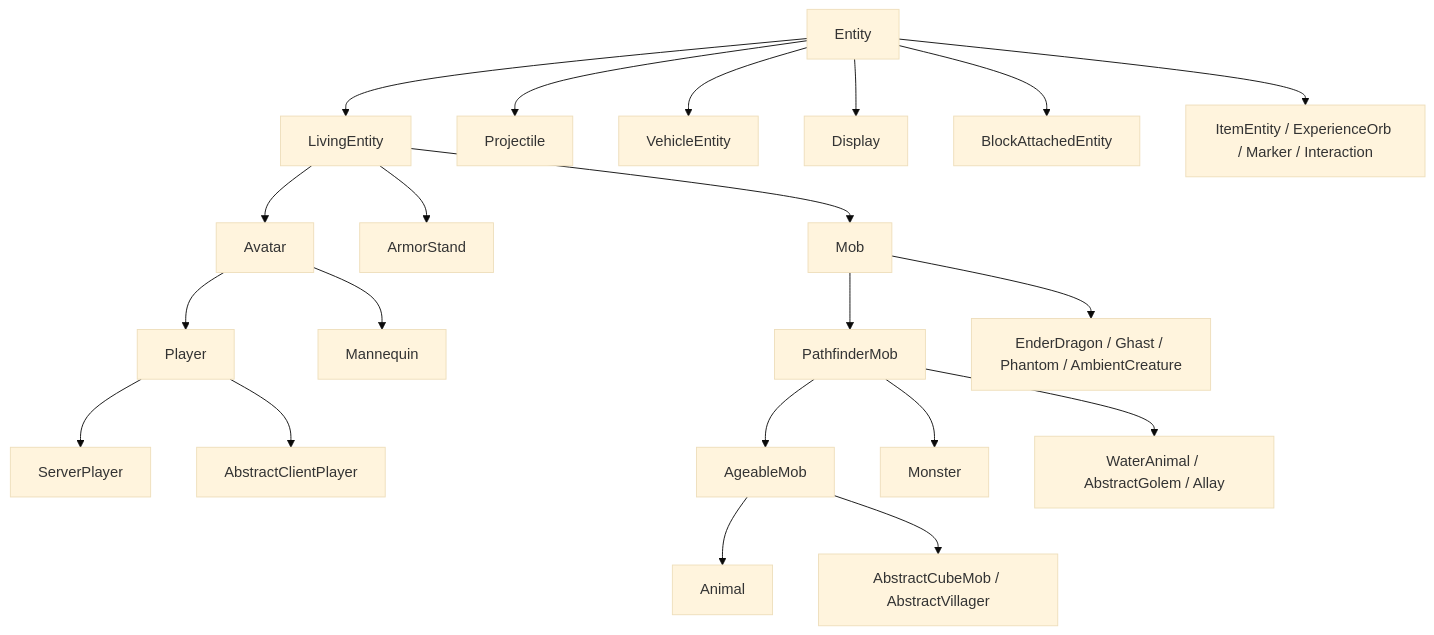
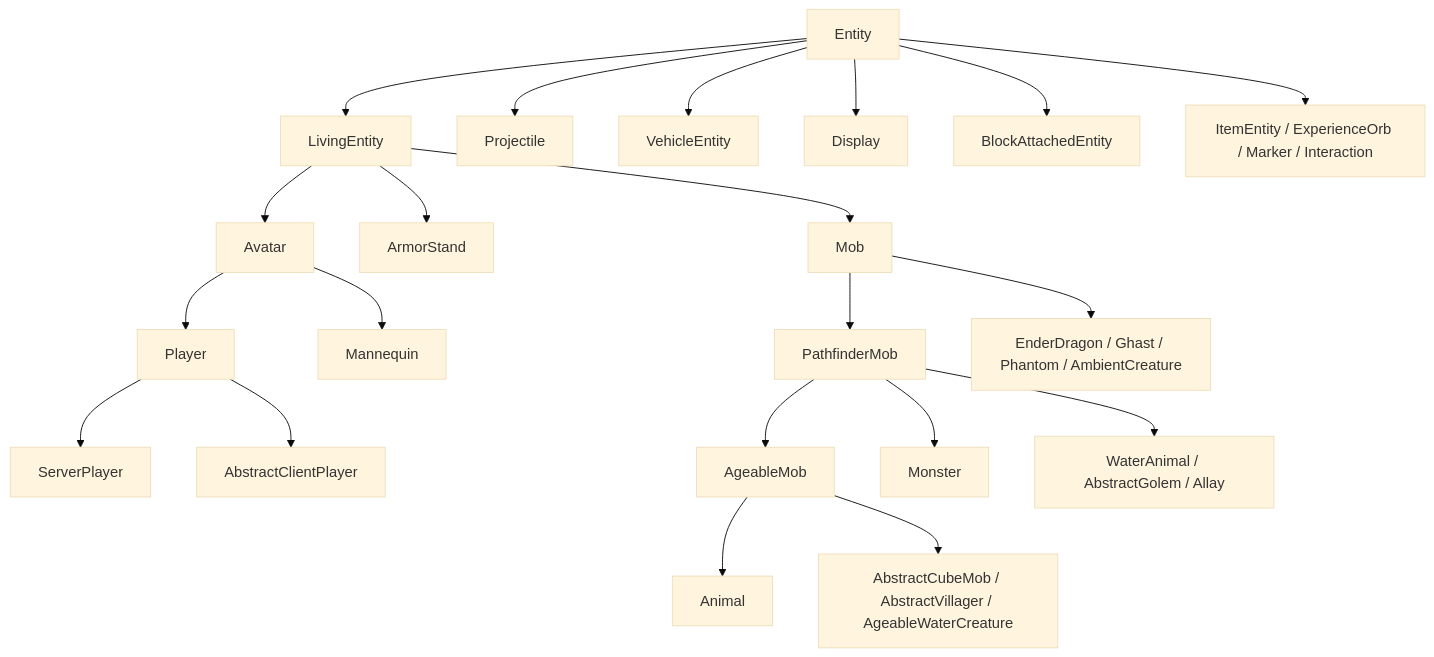
Before and after one commit to AlexanderjFraser/MinecraftDocs: the first of 2 diagrams in src/systems/entities/entity-anatomy.md, drawn with Mermaid (base theme). The commit also changed other lines of this file and 11 other files, not shown here.

````diff
--- a/src/systems/entities/entity-anatomy.md
+++ b/src/systems/entities/entity-anatomy.md
@@ -140,23 +156,23 @@
 ```mermaid
 flowchart TD
     E[Entity] --> LE[LivingEntity]
     E --> PR[Projectile]
     E --> VE[VehicleEntity]
     E --> DI[Display]
     E --> BA[BlockAttachedEntity]
     E --> IE[ItemEntity / ExperienceOrb / Marker / Interaction]
     LE --> AV[Avatar]
     LE --> AS[ArmorStand]
     LE --> MO[Mob]
     AV --> PL[Player]
     AV --> MA[Mannequin]
     PL --> SP[ServerPlayer]
     PL --> AC[AbstractClientPlayer]
     MO --> PM[PathfinderMob]
     MO --> ED[EnderDragon / Ghast / Phantom / AmbientCreature]
     PM --> AG[AgeableMob]
     PM --> MN[Monster]
     PM --> WA[WaterAnimal / AbstractGolem / Allay]
     AG --> AN[Animal]
-    AG --> CU[AbstractCubeMob / AbstractVillager]
+    AG --> CU[AbstractCubeMob / AbstractVillager / AgeableWaterCreature]
 ```
````
